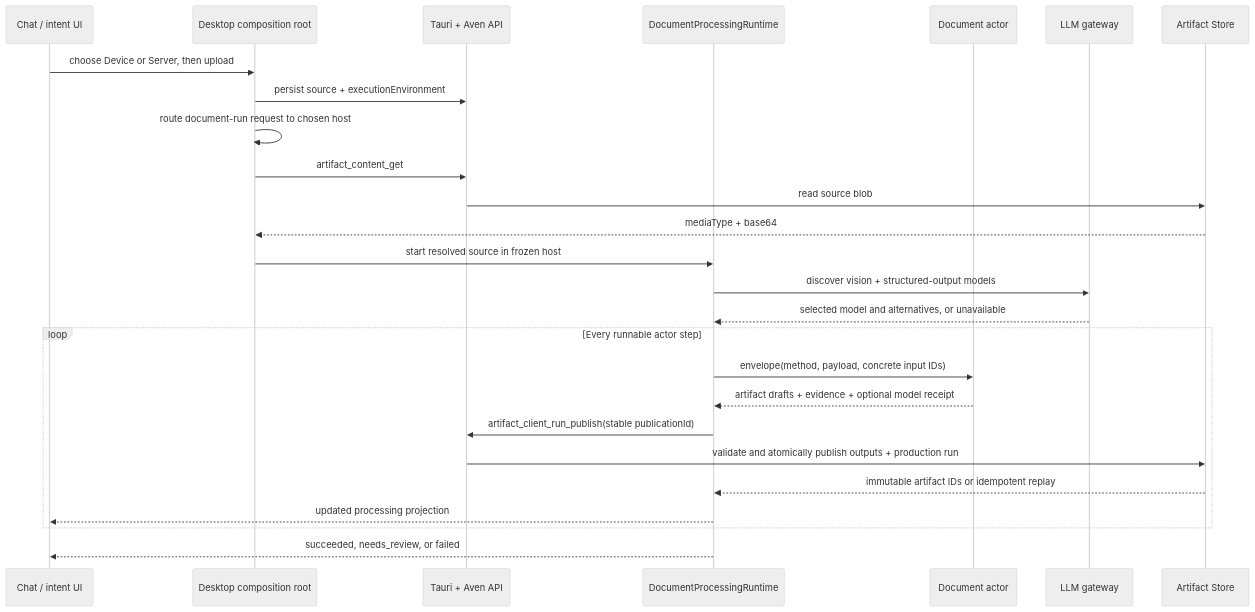
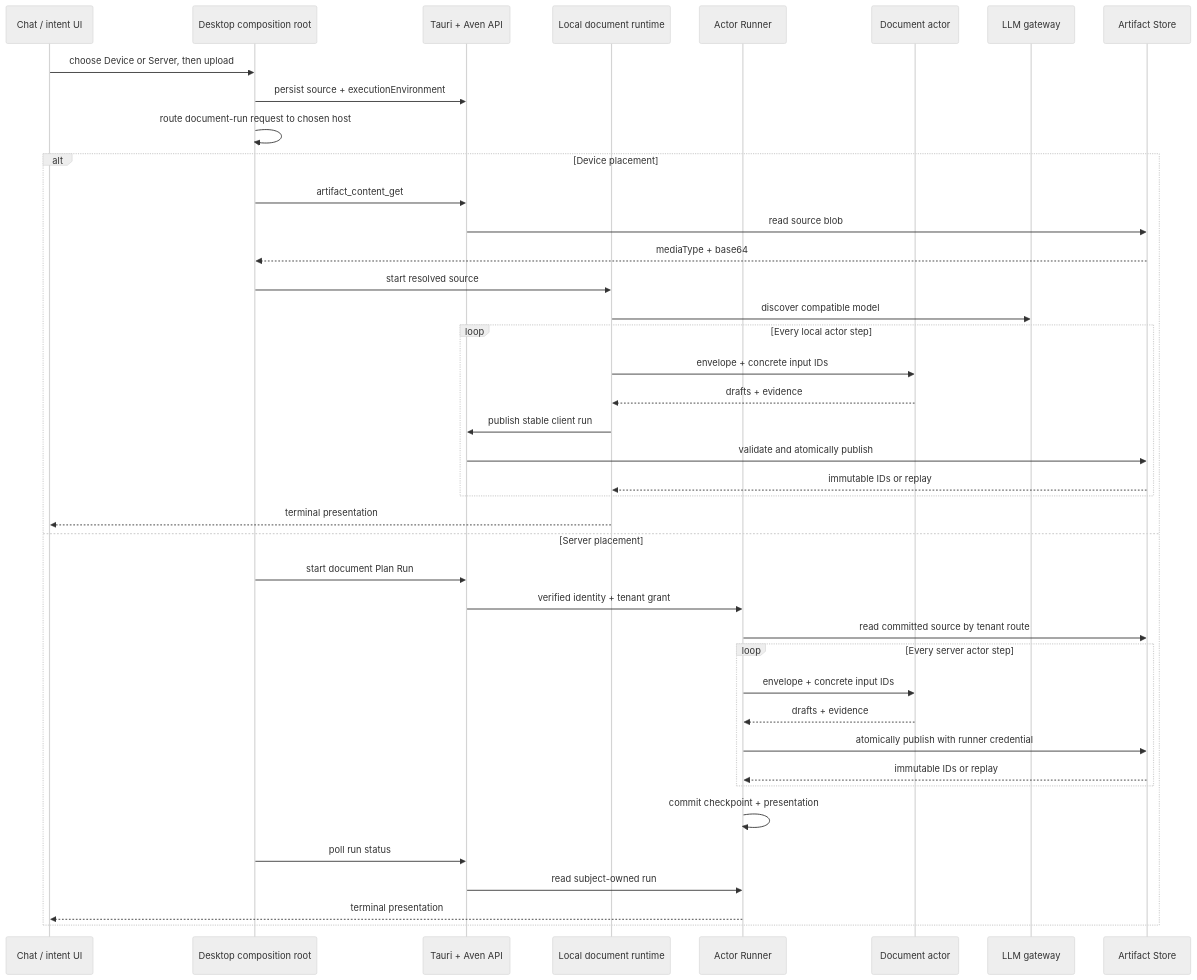
Before and after one commit to MyAvenCEO/avenOS: the fourth of 5 diagrams in docs/document-ingest-system.md, drawn with Mermaid (neutral theme). The commit also changed other lines of this file and 16 other files, not shown here.

````diff
--- a/docs/document-ingest-system.md
+++ b/docs/document-ingest-system.md
@@ -253,31 +257,44 @@
 ```mermaid
 sequenceDiagram
     participant UI as Chat / intent UI
     participant CR as Desktop composition root
     participant API as Tauri + Aven API
-    participant DR as DocumentProcessingRuntime
+    participant Local as Local document runtime
+    participant Runner as Actor Runner
     participant A as Document actor
     participant L as LLM gateway
     participant AS as Artifact Store
 
     UI->>CR: choose Device or Server, then upload
     CR->>API: persist source + executionEnvironment
     CR->>CR: route document-run request to chosen host
-    CR->>API: artifact_content_get
-    API->>AS: read source blob
-    AS-->>CR: mediaType + base64
-    CR->>DR: start resolved source in frozen host
-    DR->>L: discover vision + structured-output models
-    L-->>DR: selected model and alternatives, or unavailable
-
-    loop Every runnable actor step
-        DR->>A: envelope(method, payload, concrete input IDs)
-        A-->>DR: artifact drafts + evidence + optional model receipt
-        DR->>API: artifact_client_run_publish(stable publicationId)
-        API->>AS: validate and atomically publish outputs + production run
-        AS-->>DR: immutable artifact IDs or idempotent replay
-        DR-->>UI: updated processing projection
+    alt Device placement
+        CR->>API: artifact_content_get
+        API->>AS: read source blob
+        AS-->>CR: mediaType + base64
+        CR->>Local: start resolved source
+        Local->>L: discover compatible model
+        loop Every local actor step
+            Local->>A: envelope + concrete input IDs
+            A-->>Local: drafts + evidence
+            Local->>API: publish stable client run
+            API->>AS: validate and atomically publish
+            AS-->>Local: immutable IDs or replay
+        end
+        Local-->>UI: terminal presentation
+    else Server placement
+        CR->>API: start document Plan Run
+        API->>Runner: verified identity + tenant grant
+        Runner->>AS: read committed source by tenant route
+        loop Every server actor step
+            Runner->>A: envelope + concrete input IDs
+            A-->>Runner: drafts + evidence
+            Runner->>AS: atomically publish with runner credential
+            AS-->>Runner: immutable IDs or replay
+        end
+        Runner->>Runner: commit checkpoint + presentation
+        CR->>API: poll run status
+        API->>Runner: read subject-owned run
+        Runner-->>UI: terminal presentation
     end
-
-    DR-->>UI: succeeded, needs_review, or failed
 ```
````
